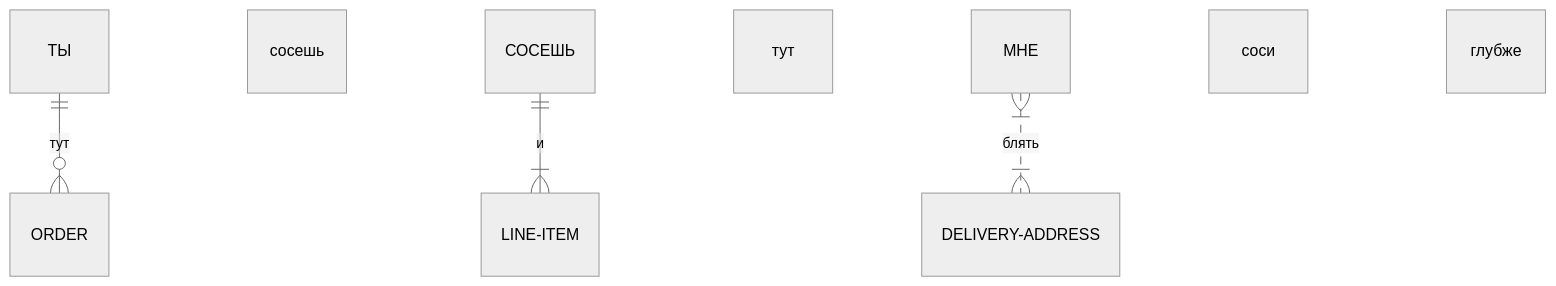
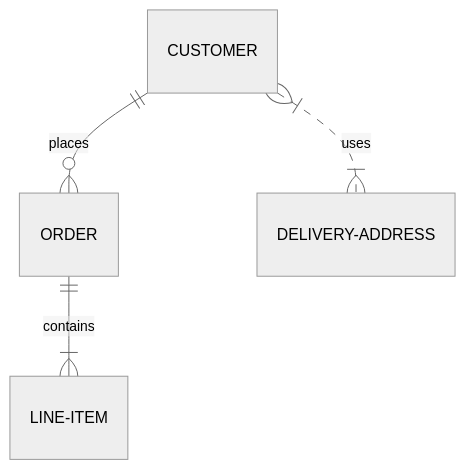
The diagram in README.md (EnDeVeRo/REVENGE), drawn with Mermaid (neutral theme) before and after one commit.

````diff
--- a/README.md
+++ b/README.md
@@ -22,6 +22,6 @@
 ```mermaid
 erDiagram
-    ТЫ ||--o{ ORDER : тут сосешь
-    СОСЕШЬ ||--|{ LINE-ITEM : и тут сосешь
-    МНЕ }|..|{ DELIVERY-ADDRESS : блять соси глубже
+    CUSTOMER ||--o{ ORDER : places
+    ORDER ||--|{ LINE-ITEM : contains
+    CUSTOMER }|..|{ DELIVERY-ADDRESS : uses
 ```
````
